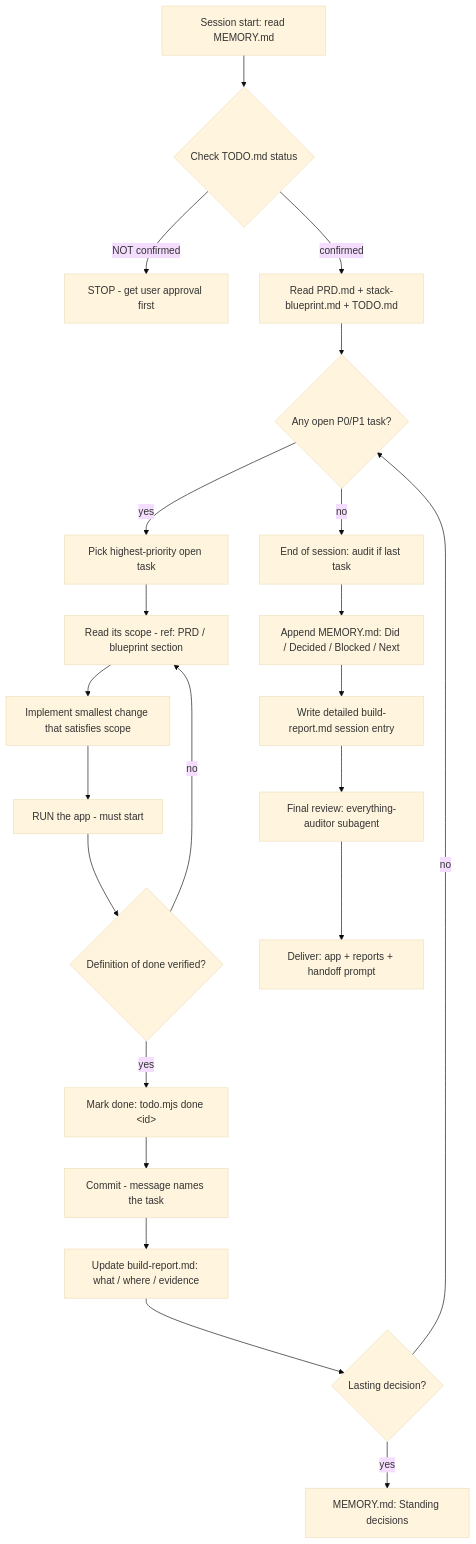
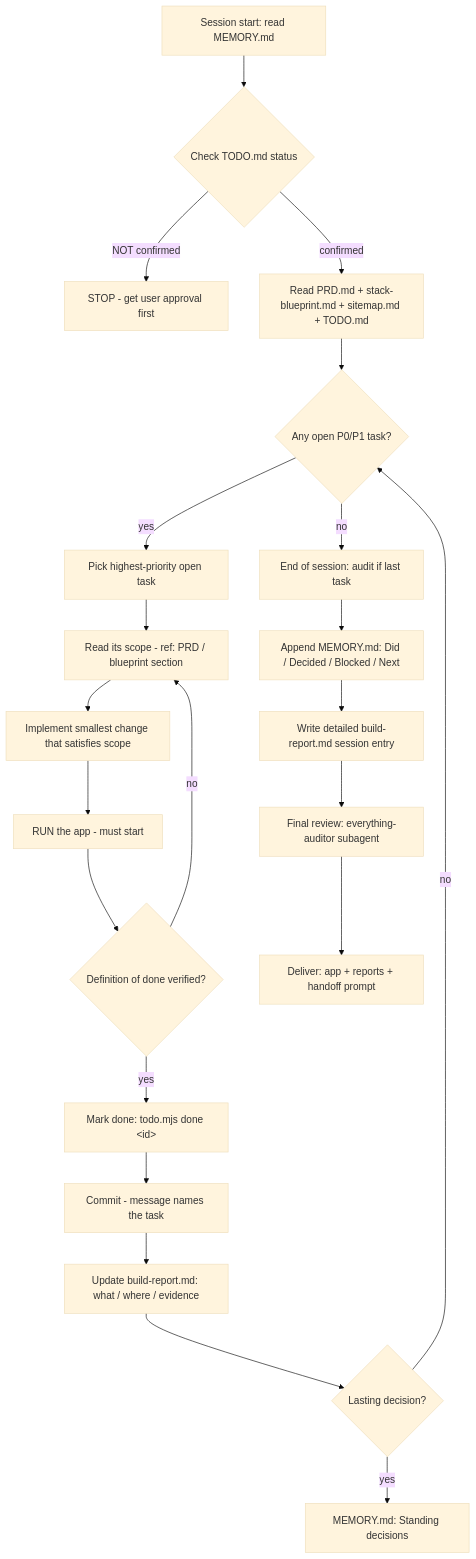
Before and after one commit to Deepak-ai-93/deepak-skill: the diagram in skills/vibe-code-webapp/templates/vibe-coder-instructions.md, drawn with Mermaid (base theme). The commit also changed other lines of this file and 10 other files, not shown here.

````diff
--- a/skills/vibe-code-webapp/templates/vibe-coder-instructions.md
+++ b/skills/vibe-code-webapp/templates/vibe-coder-instructions.md
@@ -25,23 +26,23 @@
 ```mermaid
 flowchart TD
     A[Session start: read MEMORY.md] --> B{Check TODO.md status}
     B -->|NOT confirmed| STOP[STOP - get user approval first]
-    B -->|confirmed| C[Read PRD.md + stack-blueprint.md + TODO.md]
+    B -->|confirmed| C[Read PRD.md + stack-blueprint.md + sitemap.md + TODO.md]
     C --> D{Any open P0/P1 task?}
     D -->|yes| E[Pick highest-priority open task]
     E --> F[Read its scope - ref: PRD / blueprint section]
     F --> G[Implement smallest change that satisfies scope]
     G --> H[RUN the app - must start]
     H --> I{Definition of done verified?}
     I -->|no| F
     I -->|yes| J[Mark done: todo.mjs done &lt;id&gt;]
     J --> K[Commit - message names the task]
     K --> L[Update build-report.md: what / where / evidence]
     L --> M{Lasting decision?} -->|yes| N[MEMORY.md: Standing decisions]
     M -->|no| D
     D -->|no| O[End of session: audit if last task]
     O --> P[Append MEMORY.md: Did / Decided / Blocked / Next]
     P --> Q[Write detailed build-report.md session entry]
     Q --> R[Final review: everything-auditor subagent]
     R --> S[Deliver: app + reports + handoff prompt]
 ```
````
